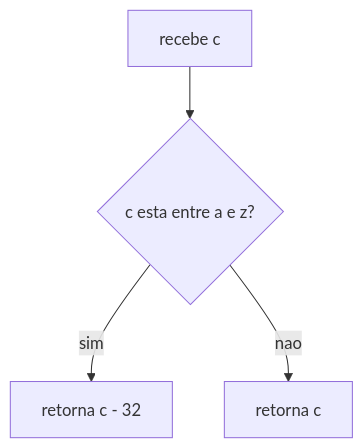
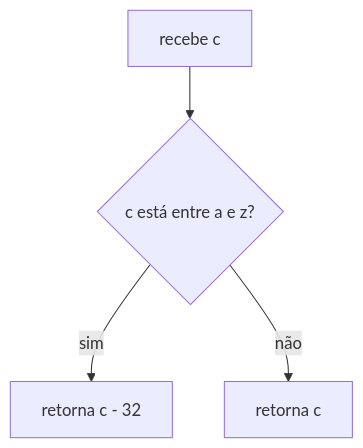
Diagram 13 of 43 in 1-libft/Readme.md (ahy-git/docs), drawn with Mermaid before and after one commit. The commit also changed other lines of this file and 1 other file, not shown here.

````diff
--- a/1-libft/Readme.md
+++ b/1-libft/Readme.md
@@ -1194,6 +1194,6 @@
 ```mermaid
 flowchart TD
-	A[recebe c] --> B{c esta entre a e z?}
-	B -- sim --> C[retorna c - 32]
-	B -- nao --> D[retorna c]
+	A["recebe c"] --> B{"c está entre a e z?"}
+	B -- sim --> C["retorna c - 32"]
+	B -- não --> D["retorna c"]
 ```
````
